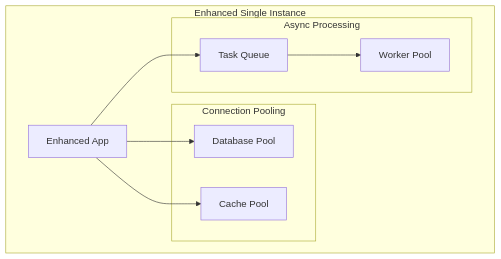
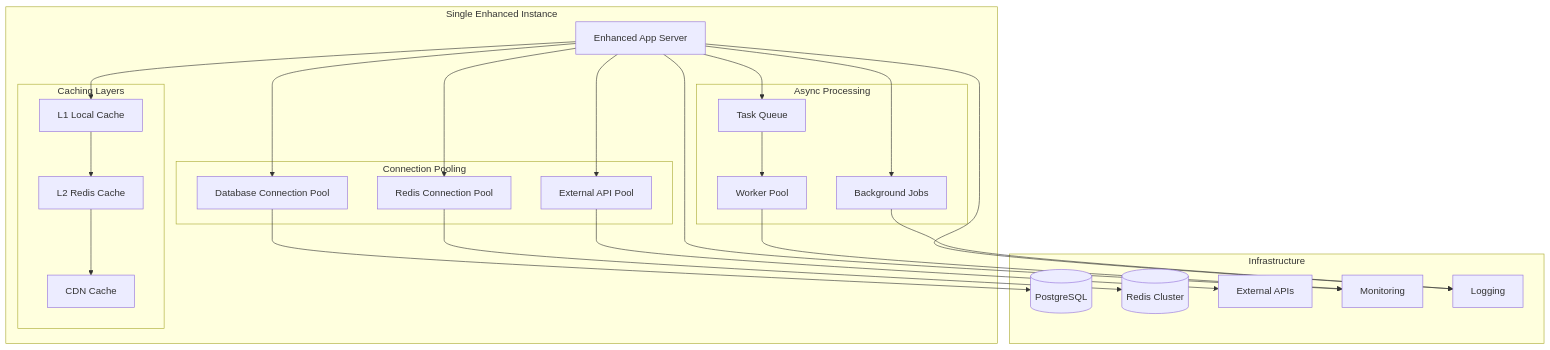
Diagram 13 of 15 in docs/ARCHITECTURE.md (neKamita/Mirza-Telegram-Shop-Bot), drawn with Mermaid before and after one commit. The commit also changed other lines of this file and 7 other files, not shown here.

````diff
--- a/docs/ARCHITECTURE.md
+++ b/docs/ARCHITECTURE.md
@@ -473,19 +829,50 @@
 ```mermaid
 graph TB
-    subgraph "Enhanced Single Instance"
-        APP[Enhanced App]
+    subgraph "Single Enhanced Instance"
+        APP[Enhanced App Server]
         subgraph "Connection Pooling"
-            DB_POOL[Database Pool]
-            CACHE_POOL[Cache Pool]
+            DB_POOL[Database Connection Pool]
+            REDIS_POOL[Redis Connection Pool]
+            API_POOL[External API Pool]
         end
         subgraph "Async Processing"
             TASK_QUEUE[Task Queue]
             WORKER_POOL[Worker Pool]
+            BG_JOBS[Background Jobs]
+        end
+        subgraph "Caching Layers"
+            L1_CACHE[L1 Local Cache]
+            L2_CACHE[L2 Redis Cache]
+            CDN_CACHE[CDN Cache]
         end
     end
-    
+
+    subgraph "Infrastructure"
+        DB[(PostgreSQL)]
+        REDIS[(Redis Cluster)]
+        EXTERNAL[External APIs]
+        MONITORING[Monitoring]
+        LOGGING[Logging]
+    end
+
     APP --> DB_POOL
-    APP --> CACHE_POOL
+    APP --> REDIS_POOL
+    APP --> API_POOL
+
     APP --> TASK_QUEUE
     TASK_QUEUE --> WORKER_POOL
+    APP --> BG_JOBS
+
+    APP --> L1_CACHE
+    L1_CACHE --> L2_CACHE
+    L2_CACHE --> CDN_CACHE
+
+    DB_POOL --> DB
+    REDIS_POOL --> REDIS
+    API_POOL --> EXTERNAL
+
+    APP --> MONITORING
+    APP --> LOGGING
+    WORKER_POOL --> MONITORING
+    BG_JOBS --> LOGGING
 ```
````
